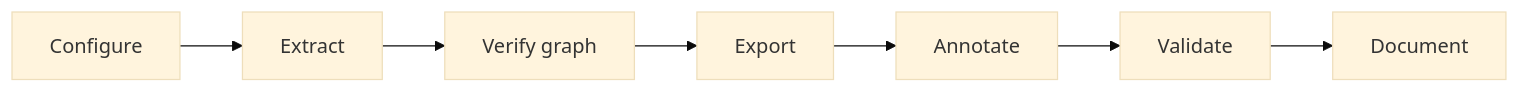
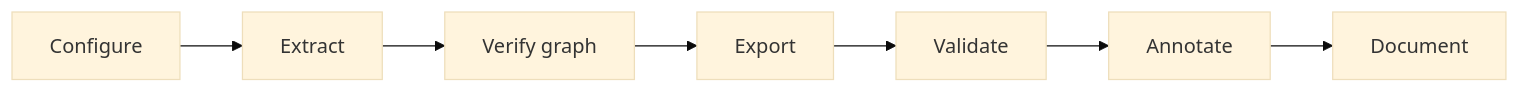
Before and after one commit to Teal-Insights/extraction-pipeline-template: the diagram in README.md, drawn with Mermaid (base theme). The commit also changed other lines of this file and 11 other files, not shown here.

First line of the commit message:
Run validate before annotate so docstring LLM spend waits on parity.

````diff
--- a/README.md
+++ b/README.md
@@ -61,9 +61,9 @@
 ```mermaid
 flowchart LR
   configure[Configure] --> extract[Extract]
   extract --> verifyGraph[Verify graph]
   verifyGraph --> export[Export]
-  export --> annotate[Annotate]
-  annotate --> validate[Validate]
-  validate --> document[Document]
+  export --> validate[Validate]
+  validate --> annotate[Annotate]
+  annotate --> document[Document]
 ```
````
